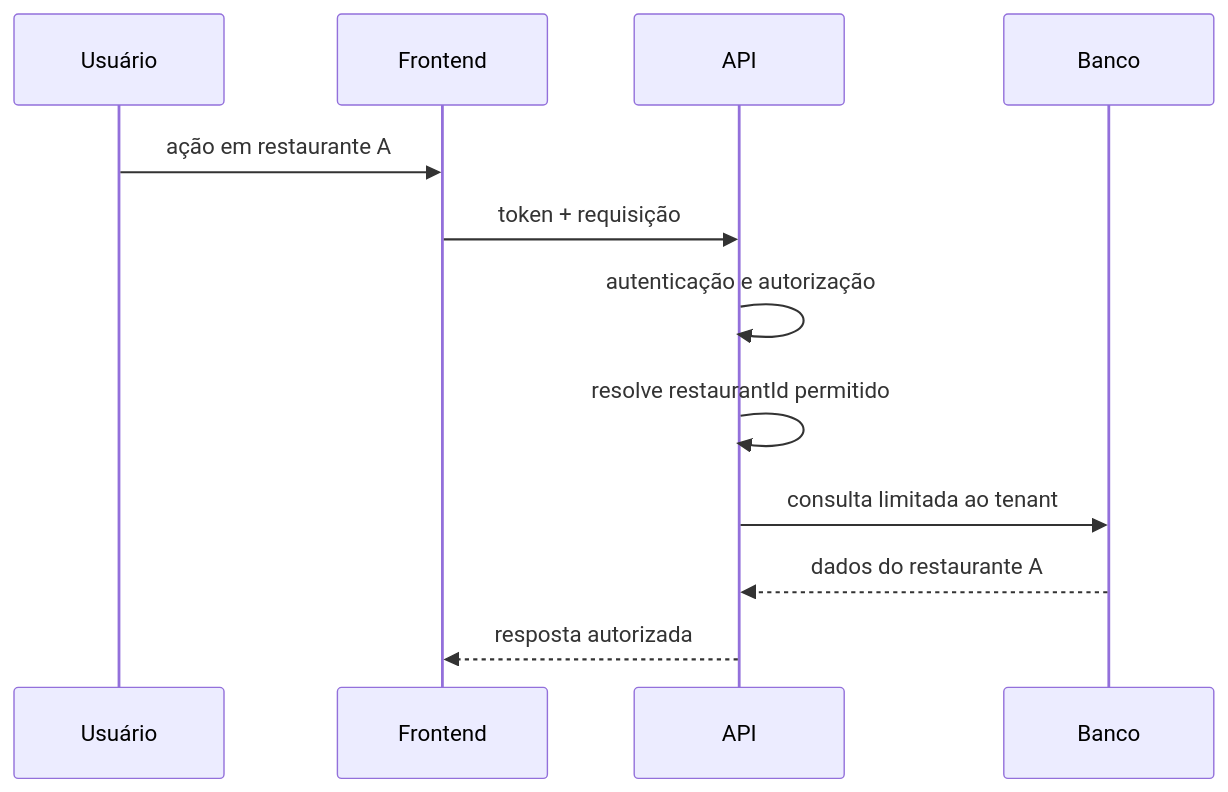
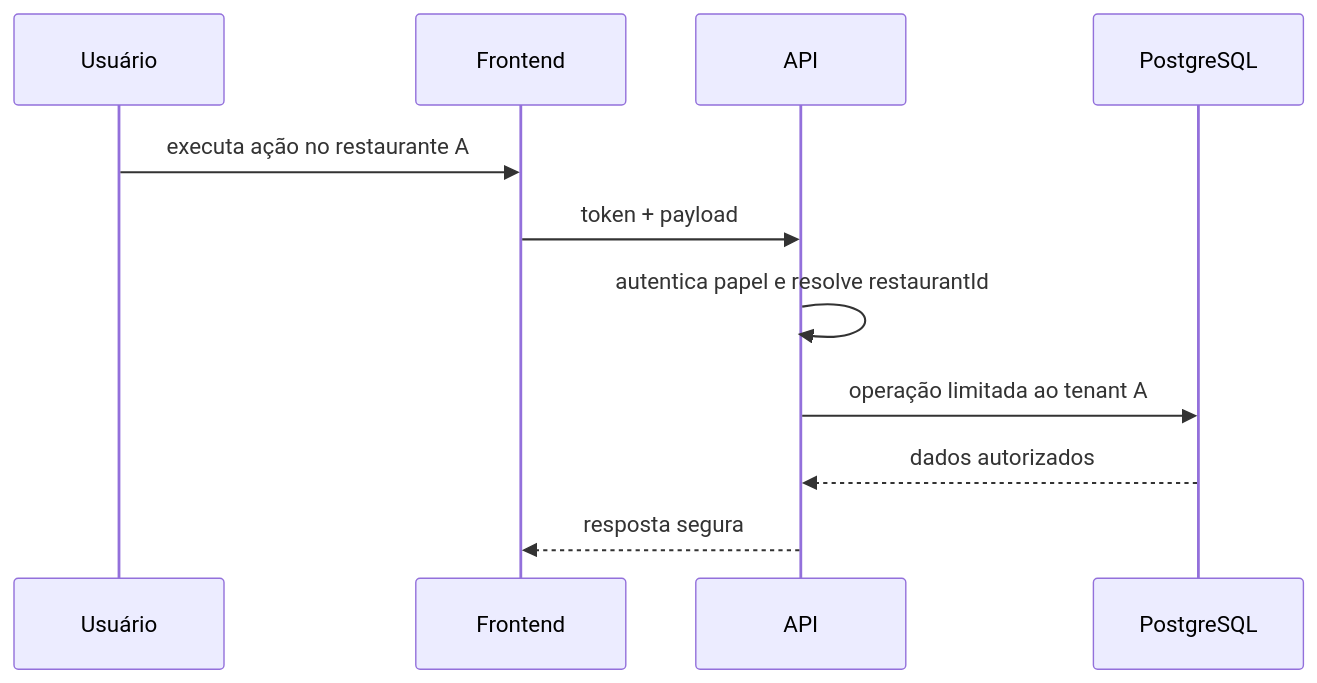
The fourth of 4 diagrams in README.md (samuelggds/Projeto-Restaurants), drawn with Mermaid before and after one commit. The commit also changed other lines of this file and 13 other files, not shown here.

````diff
--- a/README.md
+++ b/README.md
@@ -231,15 +389,14 @@
 ```mermaid
 sequenceDiagram
     participant U as Usuário
     participant F as Frontend
     participant A as API
-    participant D as Banco
+    participant D as PostgreSQL
 
-    U->>F: ação em restaurante A
-    F->>A: token + requisição
-    A->>A: autenticação e autorização
-    A->>A: resolve restaurantId permitido
-    A->>D: consulta limitada ao tenant
-    D-->>A: dados do restaurante A
-    A-->>F: resposta autorizada
+    U->>F: executa ação no restaurante A
+    F->>A: token + payload
+    A->>A: autentica papel e resolve restaurantId
+    A->>D: operação limitada ao tenant A
+    D-->>A: dados autorizados
+    A-->>F: resposta segura
 ```
````
